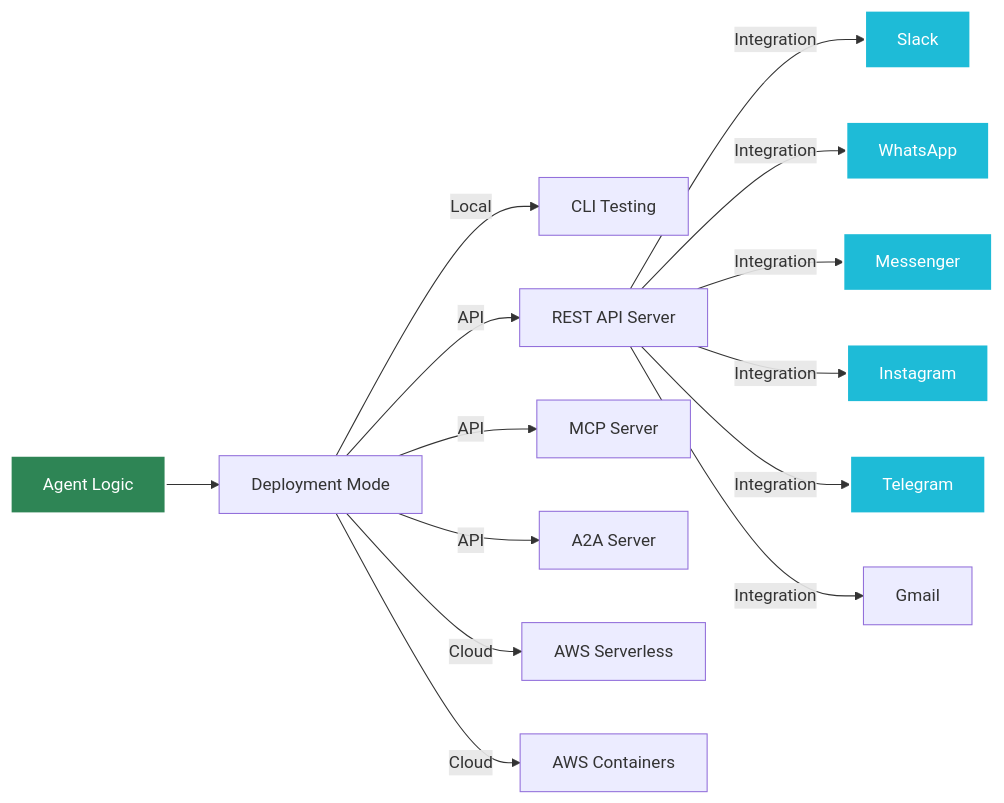
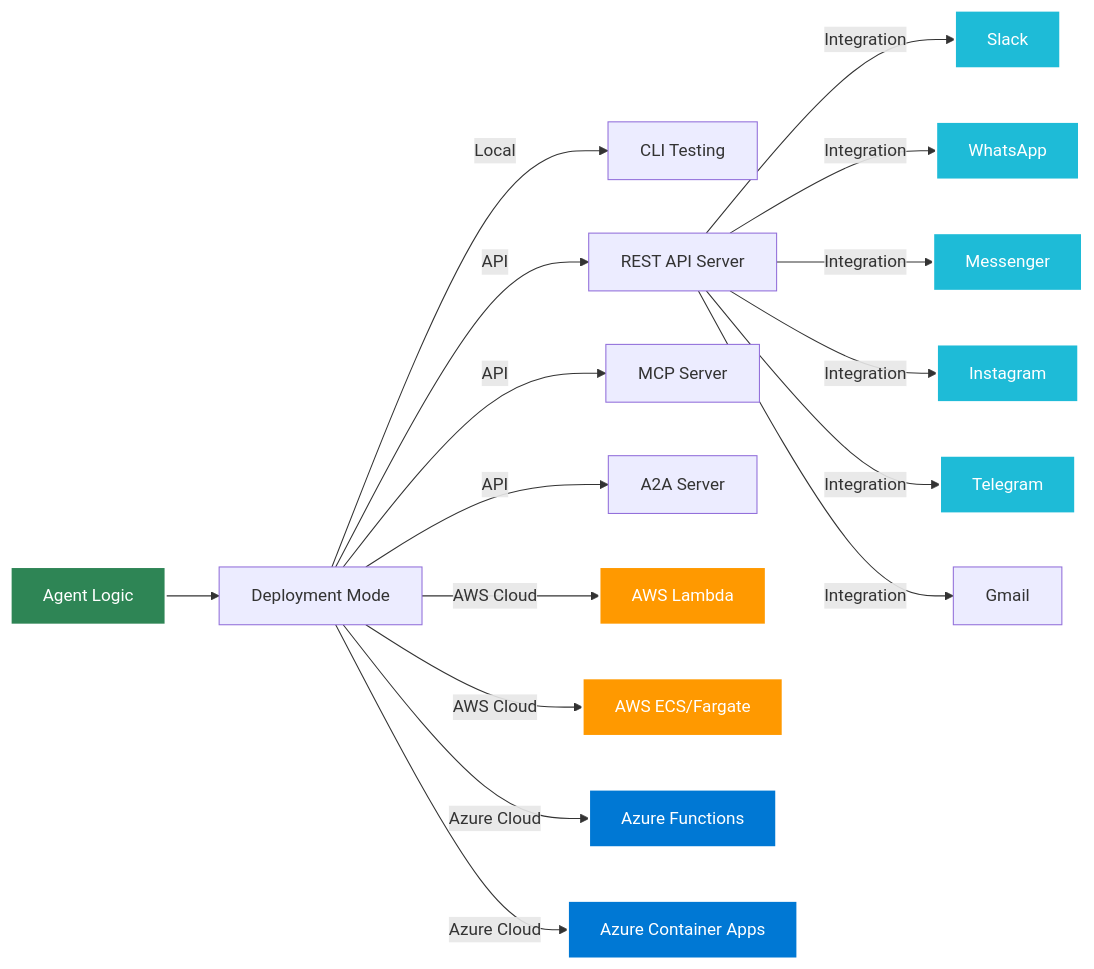
Before and after one commit to yaalalabs/agent-kernel: the second of 2 diagrams in docs/docs/intro.md, drawn with Mermaid. The commit also changed other lines of this file and 123 other files, not shown here.

First line of the commit message:
feat: azure as a cloud option (#207)

````diff
--- a/docs/docs/intro.md
+++ b/docs/docs/intro.md
@@ -164,20 +176,25 @@
 ```mermaid
 ---
 config:
   layout: dagre
   elk: true
 ---
 flowchart LR
     A["Agent Logic"] --> B["Deployment Mode"]
     B -- Local --> C["CLI Testing"]
     B -- API --> D["REST API Server"] & G["MCP Server"] & H["A2A Server"]
-    B -- Cloud --> E["AWS Serverless"] & F["AWS Containers"]
-    D -- Integration --> I["Slack"] & J["WhatsApp"] & K["Messenger"] & M["Instagram"] & N["Telegram"] & O["Gmail"]
+    B -- AWS Cloud --> E["AWS Lambda"] & F["AWS ECS/Fargate"]
+    B -- Azure Cloud --> K["Azure Functions"] & L["Azure Container Apps"]
+    D -- Integration --> I["Slack"] & J["WhatsApp"] & M["Messenger"] & N["Instagram"] & O["Telegram"] & P["Gmail"]
 
     style A fill:#2e8555,stroke:#fff,stroke-width:2px,color:#fff
+    style E fill:#FF9900,stroke:#fff,stroke-width:2px,color:#fff
+    style F fill:#FF9900,stroke:#fff,stroke-width:2px,color:#fff
+    style K fill:#0078D4,stroke:#fff,stroke-width:2px,color:#fff
+    style L fill:#0078D4,stroke:#fff,stroke-width:2px,color:#fff
     style I fill:#1ebbd7,stroke:#fff,stroke-width:2px,color:#fff
     style J fill:#1ebbd7,stroke:#fff,stroke-width:2px,color:#fff
-    style K fill:#1ebbd7,stroke:#fff,stroke-width:2px,color:#fff
     style M fill:#1ebbd7,stroke:#fff,stroke-width:2px,color:#fff
     style N fill:#1ebbd7,stroke:#fff,stroke-width:2px,color:#fff
+    style O fill:#1ebbd7,stroke:#fff,stroke-width:2px,color:#fff
 ```
````
